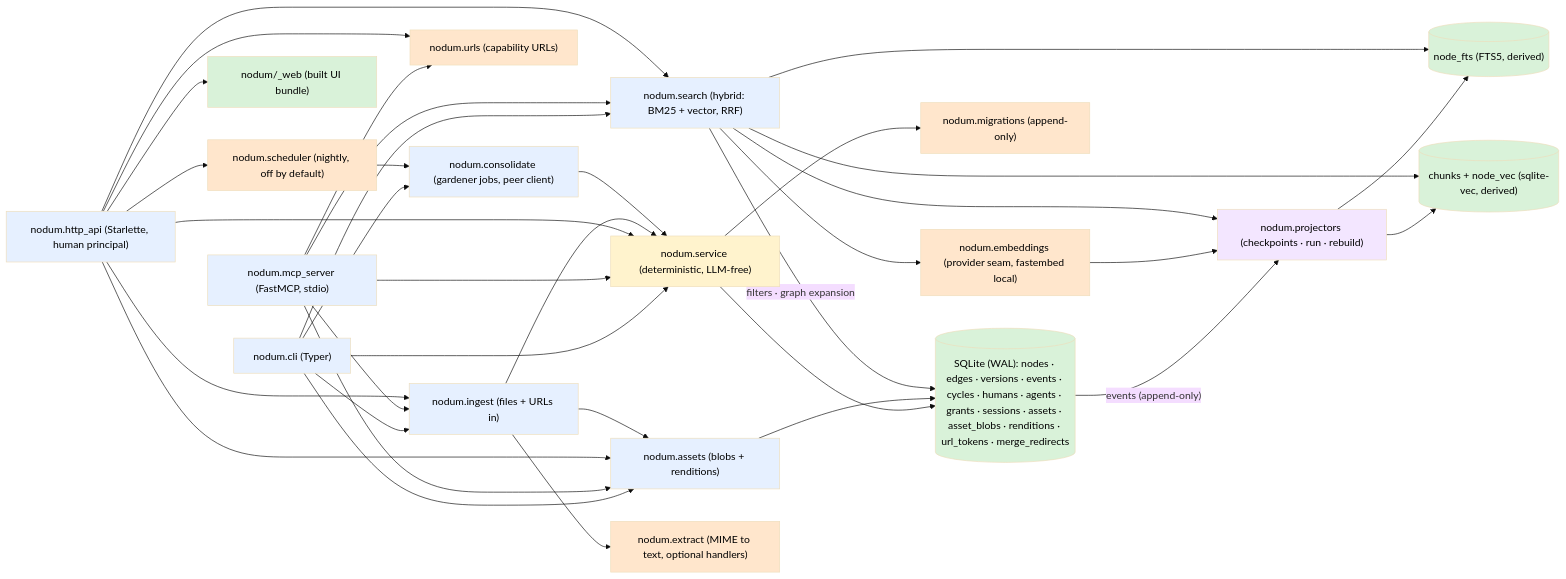
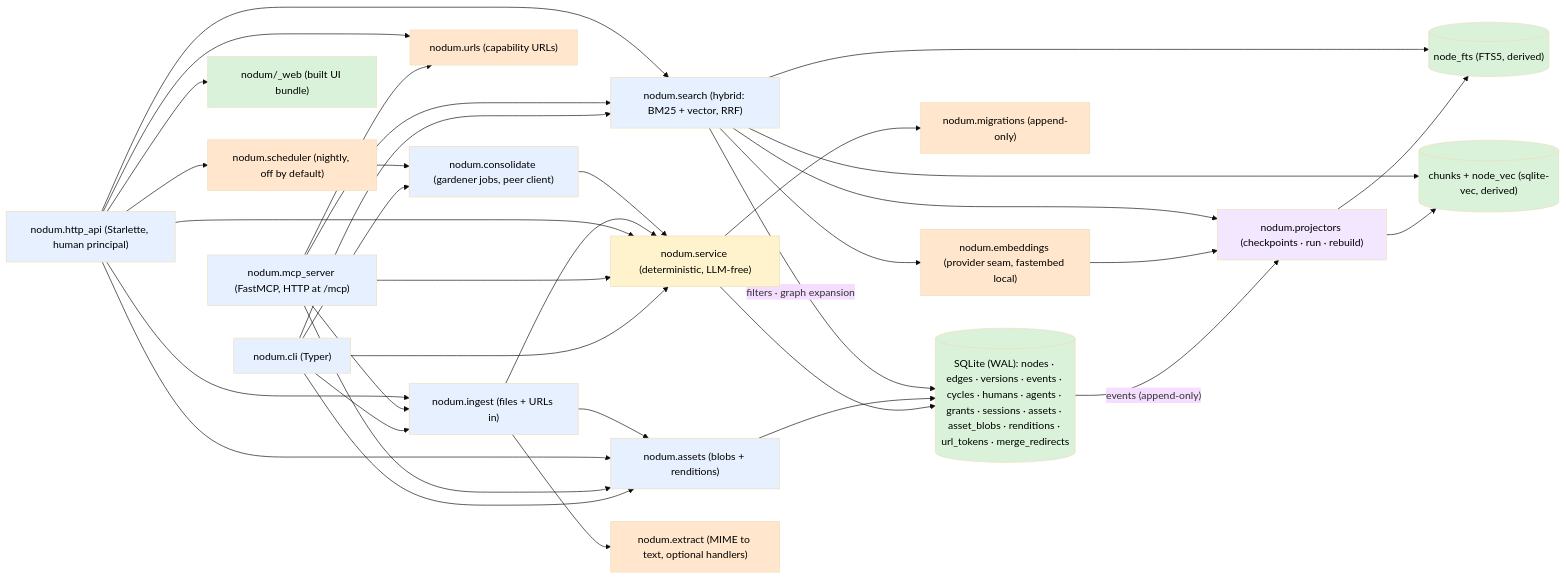
One commit to vcoeur/nodum changed the diagram in docs/architecture.md. Above: the diagram before and after it, drawn with Mermaid (base theme). The commit also changed other lines of this file and 21 other files, not shown here.

````diff
--- a/docs/architecture.md
+++ b/docs/architecture.md
@@ -9,55 +9,55 @@
 ```mermaid
 flowchart LR
     cli["nodum.cli (Typer)"] --> svc["nodum.service (deterministic, LLM-free)"]
-    mcp["nodum.mcp_server (FastMCP, stdio)"] --> svc
+    mcp["nodum.mcp_server (FastMCP, HTTP at /mcp)"] --> svc
     http["nodum.http_api (Starlette, human principal)"] --> svc
     cli --> qry["nodum.search (hybrid: BM25 + vector, RRF)"]
     mcp --> qry
     http --> qry
     cli --> ast["nodum.assets (blobs + renditions)"]
     mcp --> ast
     http --> ast
     cli --> ing["nodum.ingest (files + URLs in)"]
     mcp --> ing
     http --> ing
     ing --> ext["nodum.extract (MIME to text, optional handlers)"]
     ing --> ast
     ing --> svc
     mcp --> url["nodum.urls (capability URLs)"]
     http --> url
     http --> web["nodum/_web (built UI bundle)"]
     cli --> cons["nodum.consolidate (gardener jobs, peer client)"]
     http --> sch["nodum.scheduler (nightly, off by default)"]
     sch --> cons
     cons --> svc
     svc --> db[("SQLite (WAL): nodes · edges · versions · events · cycles · humans · agents · grants · sessions · assets · asset_blobs · renditions · url_tokens · merge_redirects")]
     svc --> mig["nodum.migrations (append-only)"]
     ast --> db
     db -- "events (append-only)" --> prj["nodum.projectors (checkpoints · run · rebuild)"]
     prj --> fts[("node_fts (FTS5, derived)")]
     prj --> vec[("chunks + node_vec (sqlite-vec, derived)")]
     emb["nodum.embeddings (provider seam, fastembed local)"] --> prj
     qry --> fts
     qry --> vec
     qry --> emb
     qry --> prj
     qry -- "filters · graph expansion" --> db
     style cli fill:#e6f0ff,color:#000
     style mcp fill:#e6f0ff,color:#000
     style svc fill:#fff3cd,color:#000
     style db fill:#d9f2d9,color:#000
     style mig fill:#ffe6cc,color:#000
     style prj fill:#f3e6ff,color:#000
     style fts fill:#d9f2d9,color:#000
     style vec fill:#d9f2d9,color:#000
     style emb fill:#ffe6cc,color:#000
     style qry fill:#e6f0ff,color:#000
     style ast fill:#e6f0ff,color:#000
     style http fill:#e6f0ff,color:#000
     style web fill:#d9f2d9,color:#000
     style ing fill:#e6f0ff,color:#000
     style ext fill:#ffe6cc,color:#000
     style url fill:#ffe6cc,color:#000
     style cons fill:#e6f0ff,color:#000
     style sch fill:#ffe6cc,color:#000
 ```
````
